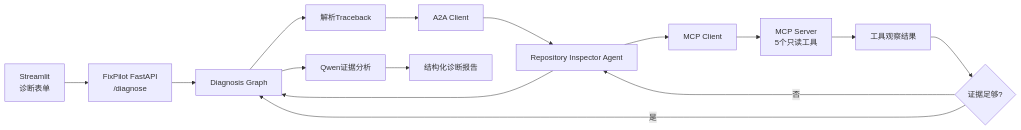
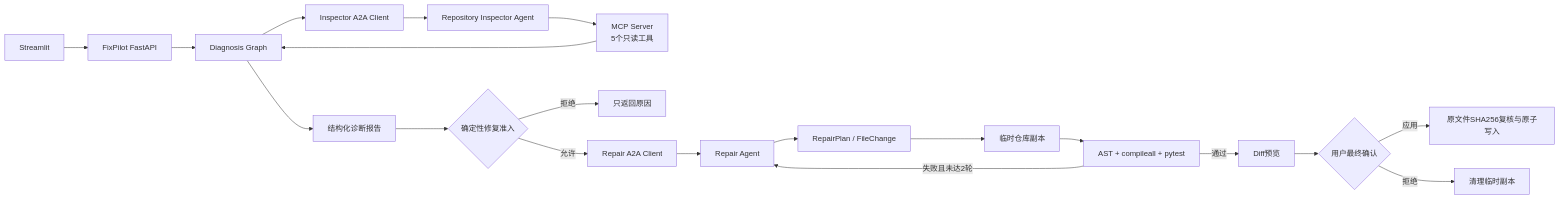
The diagram in README.md (Huanchen-dev/FixPilot), drawn with Mermaid before and after one commit. The commit also changed other lines of this file and 25 other files, not shown here.

````diff
--- a/README.md
+++ b/README.md
@@ -28,17 +35,22 @@
 ```mermaid
 flowchart LR
-    UI["Streamlit<br/>诊断表单"] --> API["FixPilot FastAPI<br/>/diagnose"]
-    API --> G["Diagnosis Graph"]
-    G --> P["解析Traceback"]
-    P --> AC["A2A Client"]
-    AC --> IA["Repository Inspector Agent"]
-    IA --> MC["MCP Client"]
-    MC --> MS["MCP Server<br/>5个只读工具"]
-    MS --> O["工具观察结果"]
-    O --> D{"证据足够?"}
-    D -- "否" --> IA
-    D -- "是" --> G
-    IA --> G
-    G --> LLM["Qwen证据分析"]
-    LLM --> R["结构化诊断报告"]
+    UI["Streamlit"] --> API["FixPilot FastAPI"]
+    API --> DG["Diagnosis Graph"]
+    DG --> IC["Inspector A2A Client"]
+    IC --> IA["Repository Inspector Agent"]
+    IA --> MCP["MCP Server<br/>5个只读工具"]
+    MCP --> DG
+    DG --> DR["结构化诊断报告"]
+    DR --> RP{"确定性修复准入"}
+    RP -- "拒绝" --> NR["只返回原因"]
+    RP -- "允许" --> RC["Repair A2A Client"]
+    RC --> RA["Repair Agent"]
+    RA --> PLAN["RepairPlan / FileChange"]
+    PLAN --> TMP["临时仓库副本"]
+    TMP --> TEST["AST + compileall + pytest"]
+    TEST -- "失败且未达2轮" --> RA
+    TEST -- "通过" --> DIFF["Diff预览"]
+    DIFF --> HITL{"用户最终确认"}
+    HITL -- "应用" --> HASH["原文件SHA256复核与原子写入"]
+    HITL -- "拒绝" --> CLEAN["清理临时副本"]
 ```
````
